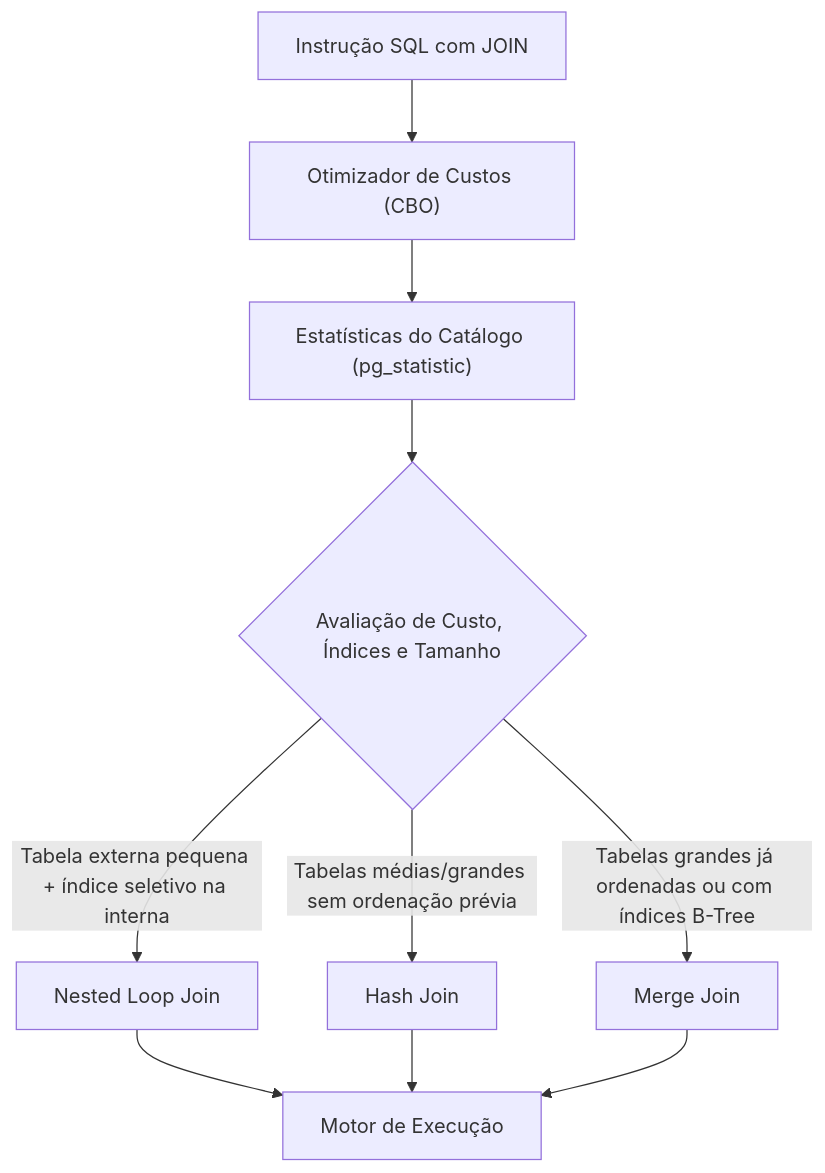
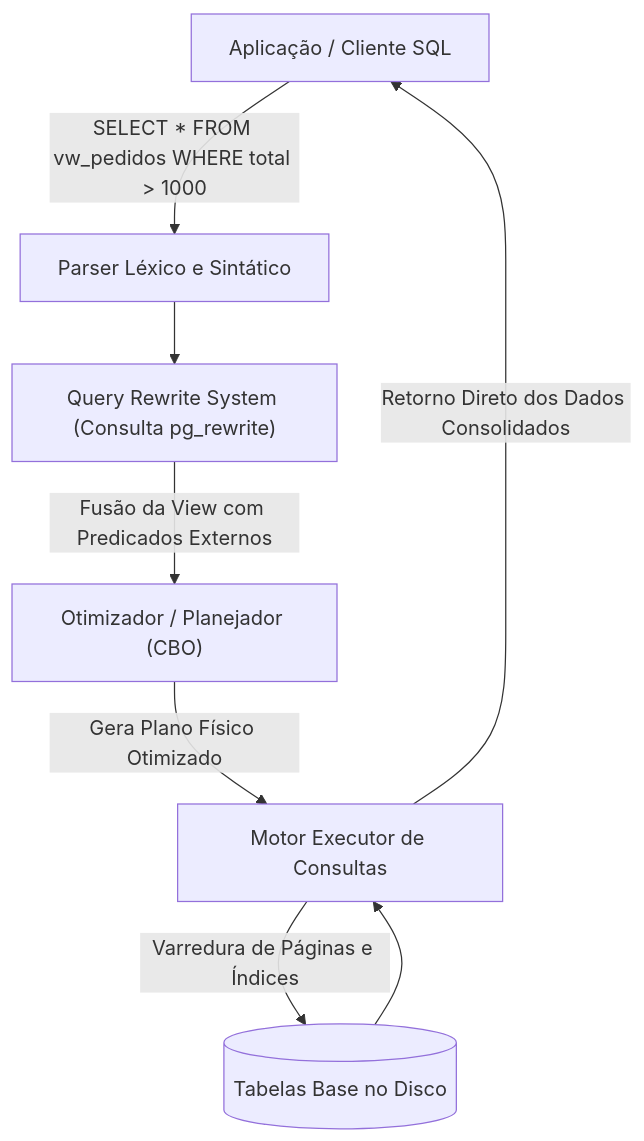
One commit to murilolol/unifef changed the fourth of 10 diagrams in 4º Semestre/[Prof. Welington Garcia] Tópicos Avançados em Banco de Dados/Resumos-IA/Caderno-Consolidado.md. Above: the diagram before and after it, drawn with Mermaid. The commit also changed other lines of this file and 40 other files, not shown here.

````diff
--- a/4º Semestre/[Prof. Welington Garcia] Tópicos Avançados em Banco de Dados/Resumos-IA/Caderno-Consolidado.md
+++ b/4º Semestre/[Prof. Welington Garcia] Tópicos Avançados em Banco de Dados/Resumos-IA/Caderno-Consolidado.md
@@ -227,14 +240,10 @@
 ```mermaid
 flowchart TD
-  InQuery["Instrução SQL com JOIN"] --> Planner["Otimizador de Custos (CBO)"]
-  Planner --> Stats["Estatísticas do Catálogo (pg_statistic)"]
-  Stats --> Decision{"Avaliação de Custo, Índices e Tamanho"}
-  
-  Decision -->|"Tabela externa pequena + índice seletivo na interna"| NL["Nested Loop Join"]
-  Decision -->|"Tabelas médias/grandes sem ordenação prévia"| HJ["Hash Join"]
-  Decision -->|"Tabelas grandes já ordenadas ou com índices B-Tree"| MJ["Merge Join"]
-
-  NL --> Exec["Motor de Execução"]
-  HJ --> Exec
-  MJ --> Exec
+  Client["Aplicação / Cliente SQL"] -->|"SELECT * FROM vw_pedidos WHERE total > 1000"| Parser["Parser Léxico e Sintático"]
+  Parser --> Rewriter["Query Rewrite System (Consulta pg_rewrite)"]
+  Rewriter -->|"Fusão da View com Predicados Externos"| Planner["Otimizador / Planejador (CBO)"]
+  Planner -->|"Gera Plano Físico Otimizado"| Executor["Motor Executor de Consultas"]
+  Executor -->|"Varredura de Páginas e Índices"| Storage[("Tabelas Base no Disco")]
+  Storage --> Executor
+  Executor -->|"Retorno Direto dos Dados Consolidados"| Client
 ```
````
